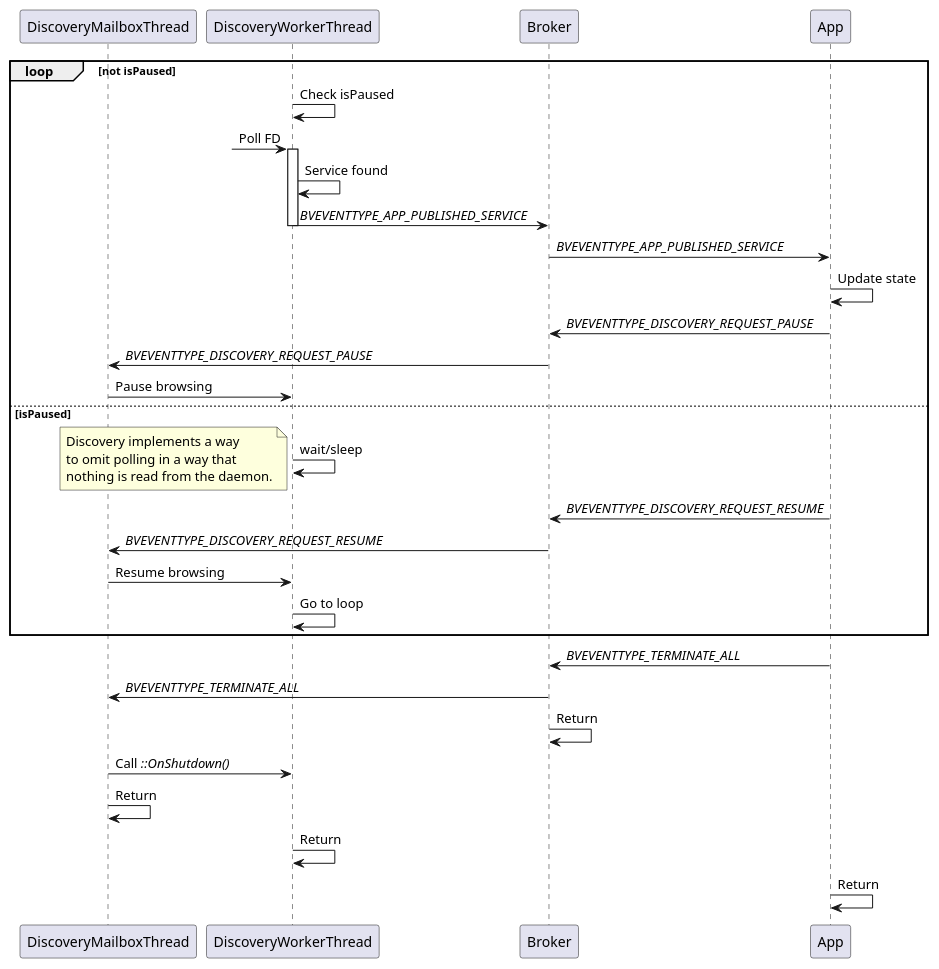
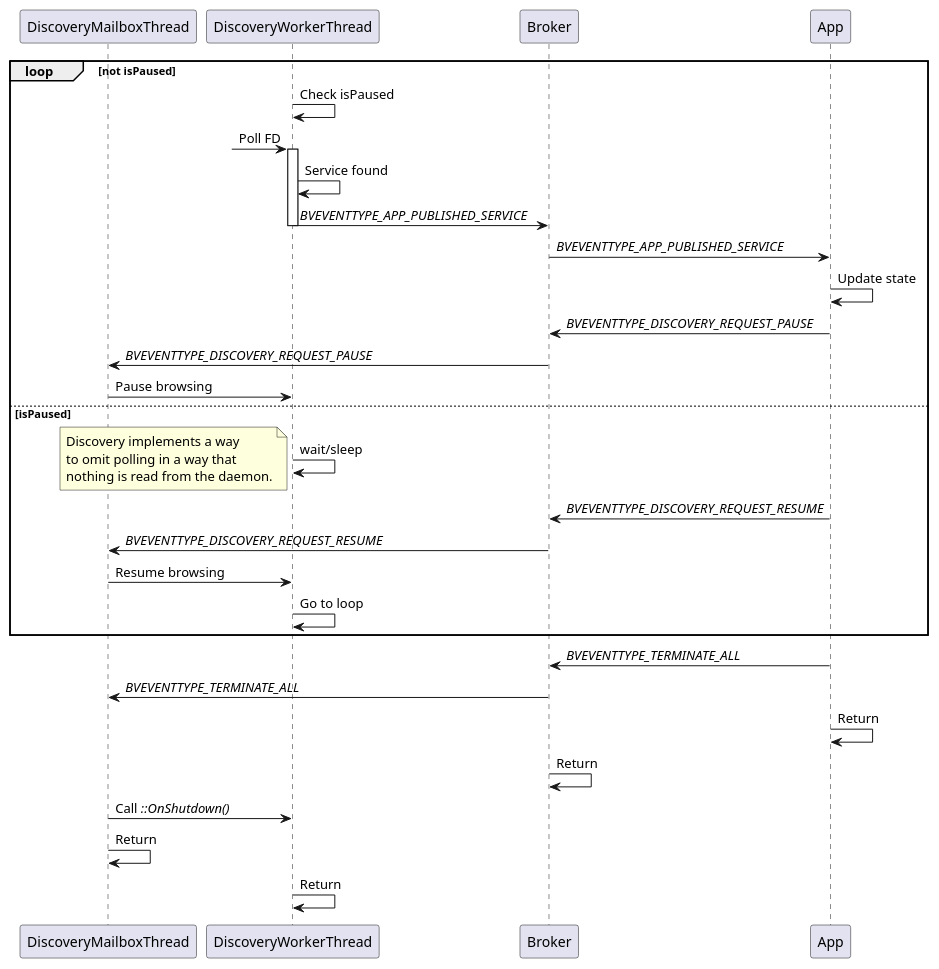
The diagram in docs/discovery_diagram.wsd (IntegratedSalad/LocalChat), drawn with PlantUML before and after one commit. The commit also changed 3 other files, not shown here.

```diff
--- a/docs/discovery_diagram.wsd
+++ b/docs/discovery_diagram.wsd
@@ -1,42 +1,43 @@
 @startuml Discovery State Diagram
 
 participant DiscoveryMailboxThread    as DiscoveryMbx
 participant DiscoveryWorkerThread     as DiscoveryWT
 participant Broker                    as Broker
 participant App                       as App
 
 loop not isPaused
     DiscoveryWT -> DiscoveryWT : Check isPaused
 
-?-> DiscoveryWT: Poll FD
-activate DiscoveryWT
-    DiscoveryWT -> DiscoveryWT  : Service found
-    DiscoveryWT -> Broker       : //BVEVENTTYPE_APP_PUBLISHED_SERVICE//
-deactivate DiscoveryWT
-Broker -> App                   : //BVEVENTTYPE_APP_PUBLISHED_SERVICE//
-App -> App                      : Update state
+    ?-> DiscoveryWT: Poll FD
+    activate DiscoveryWT
+        DiscoveryWT -> DiscoveryWT  : Service found
+        DiscoveryWT -> Broker       : //BVEVENTTYPE_APP_PUBLISHED_SERVICE//
+
+    deactivate DiscoveryWT
+    Broker -> App                   : //BVEVENTTYPE_APP_PUBLISHED_SERVICE//
+    App -> App                      : Update state
     App -> Broker               : //BVEVENTTYPE_DISCOVERY_REQUEST_PAUSE//
     Broker -> DiscoveryMbx      : //BVEVENTTYPE_DISCOVERY_REQUEST_PAUSE//
     DiscoveryMbx -> DiscoveryWT : Pause browsing
 
 else isPaused
     DiscoveryWT -> DiscoveryWT : wait/sleep
     note left
     Discovery implements a way
     to omit polling in a way that
     nothing is read from the daemon.
     end note
     App -> Broker               : //BVEVENTTYPE_DISCOVERY_REQUEST_RESUME//
     Broker -> DiscoveryMbx      : //BVEVENTTYPE_DISCOVERY_REQUEST_RESUME//
     DiscoveryMbx -> DiscoveryWT : Resume browsing 
     DiscoveryWT -> DiscoveryWT  : Go to loop
 end
 
 App -> Broker                : //BVEVENTTYPE_TERMINATE_ALL//
 Broker -> DiscoveryMbx       : //BVEVENTTYPE_TERMINATE_ALL//
-Broker -> Broker             : Return  
+App -> App                   : Return
+Broker -> Broker             : Return
 DiscoveryMbx -> DiscoveryWT  : Call //::OnShutdown()// 
 DiscoveryMbx -> DiscoveryMbx : Return
 DiscoveryWT -> DiscoveryWT   : Return
-App -> App                   : Return
 @enduml
```
